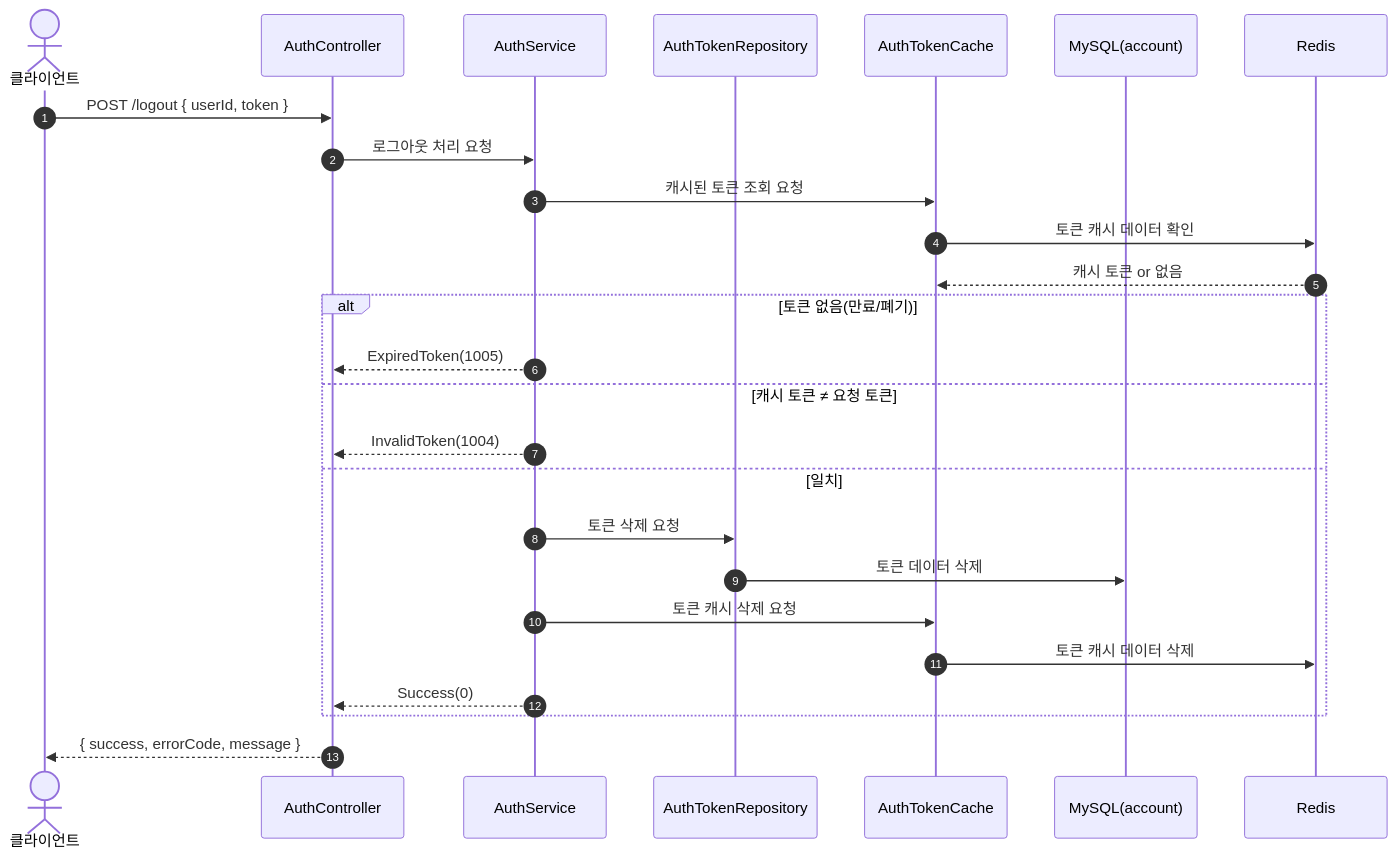
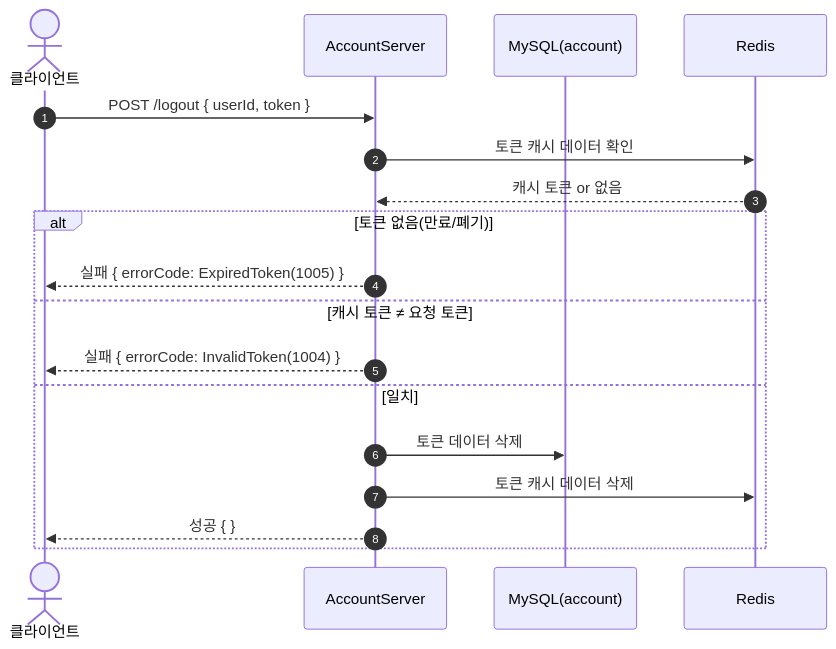
The third of 3 diagrams in SequenceDiagram/AuthController.md (ks-wook/com2us-taskbar-hero), drawn with Mermaid before and after one commit. The commit also changed other lines of this file and 8 other files, not shown here.

Commit message:
시퀀스 다이어그램 수정

````diff
--- a/SequenceDiagram/AuthController.md
+++ b/SequenceDiagram/AuthController.md
@@ -83,29 +68,21 @@
 ```mermaid
 sequenceDiagram
     autonumber
     actor C as 클라이언트
-    participant Ctrl as AuthController
-    participant Svc as AuthService
-    participant TRepo as AuthTokenRepository
-    participant Cache as AuthTokenCache
+    participant S as AccountServer
     participant DB as MySQL(account)
     participant Redis as Redis
 
-    C->>Ctrl: POST /logout { userId, token }
-    Ctrl->>Svc: 로그아웃 처리 요청
-    Svc->>Cache: 캐시된 토큰 조회 요청
-    Cache->>Redis: 토큰 캐시 데이터 확인
-    Redis-->>Cache: 캐시 토큰 or 없음
+    C->>S: POST /logout { userId, token }
+    S->>Redis: 토큰 캐시 데이터 확인
+    Redis-->>S: 캐시 토큰 or 없음
     alt 토큰 없음(만료/폐기)
-        Svc-->>Ctrl: ExpiredToken(1005)
+        S-->>C: 실패 { errorCode: ExpiredToken(1005) }
     else 캐시 토큰 ≠ 요청 토큰
-        Svc-->>Ctrl: InvalidToken(1004)
+        S-->>C: 실패 { errorCode: InvalidToken(1004) }
     else 일치
-        Svc->>TRepo: 토큰 삭제 요청
-        TRepo->>DB: 토큰 데이터 삭제
-        Svc->>Cache: 토큰 캐시 삭제 요청
-        Cache->>Redis: 토큰 캐시 데이터 삭제
-        Svc-->>Ctrl: Success(0)
+        S->>DB: 토큰 데이터 삭제
+        S->>Redis: 토큰 캐시 데이터 삭제
+        S-->>C: 성공 { }
     end
-    Ctrl-->>C: { success, errorCode, message }
 ```
````
